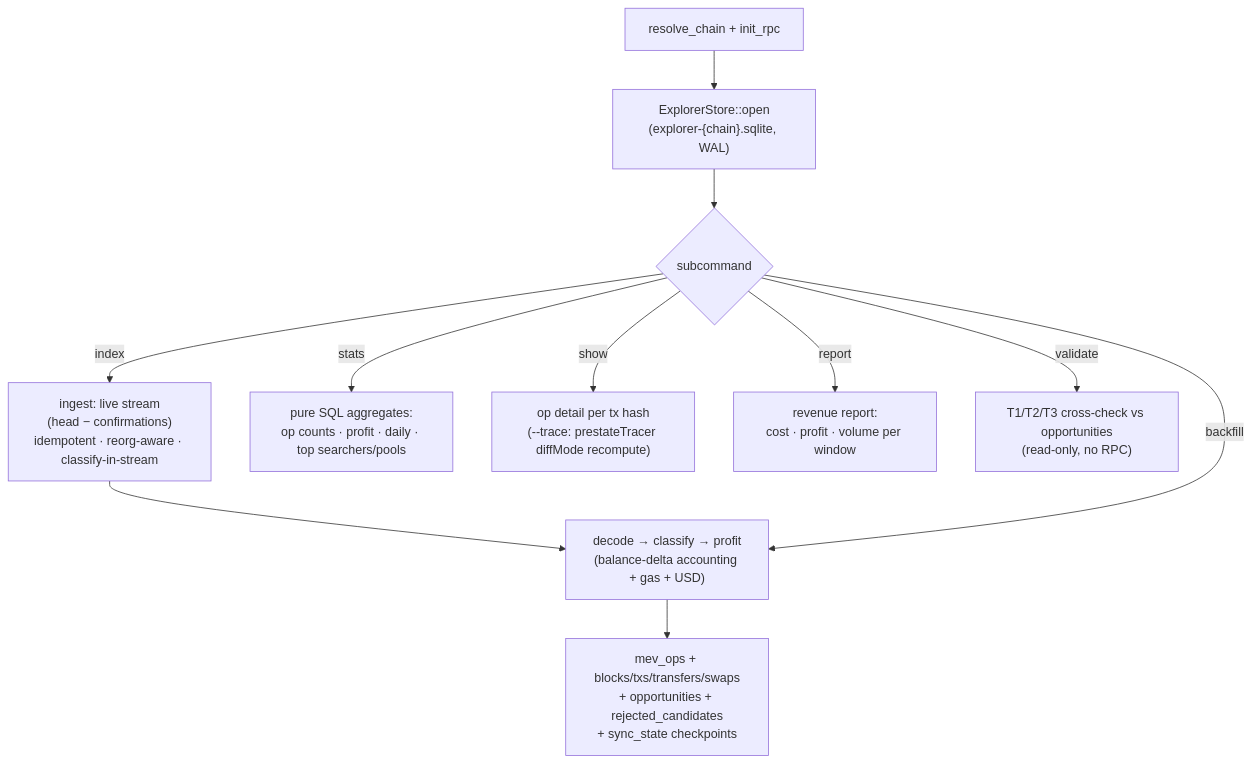
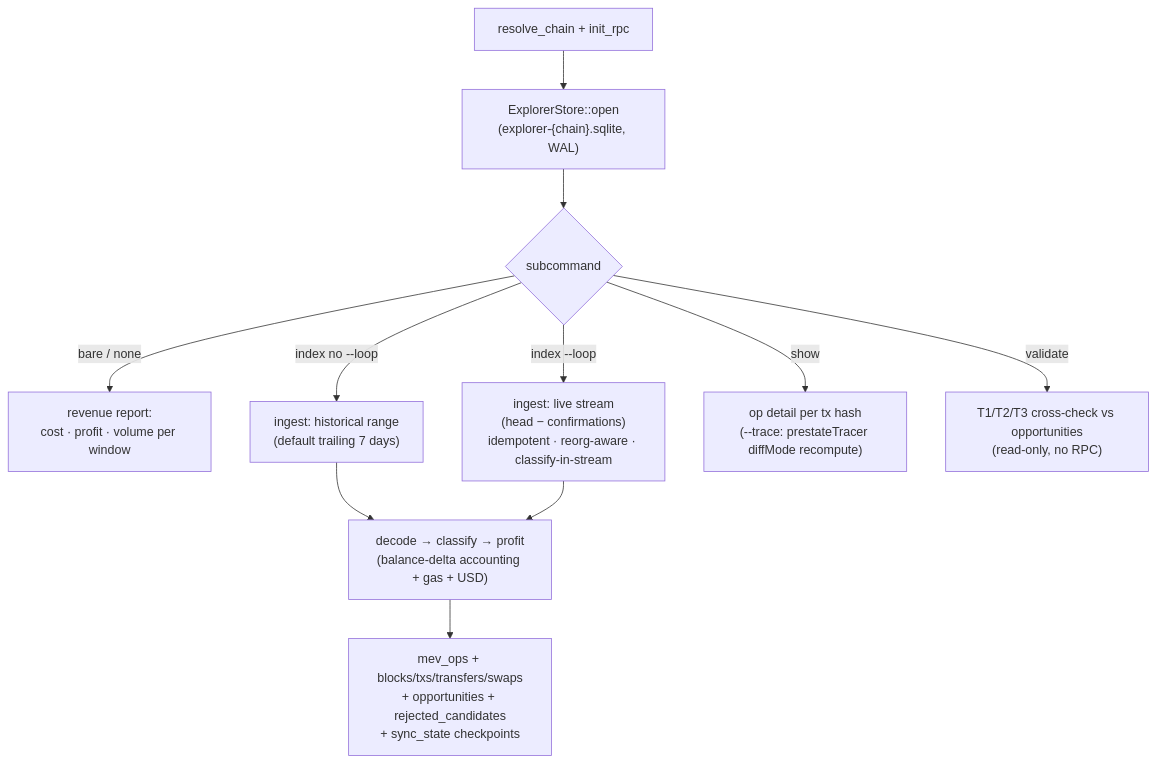
Before and after one commit to moha-moradi/mev-scout: the tenth of 11 diagrams in docs/ARCHITECTURE.md, drawn with Mermaid. The commit also changed other lines of this file and 17 other files, not shown here.

````diff
--- a/docs/ARCHITECTURE.md
+++ b/docs/ARCHITECTURE.md
@@ -483,13 +485,13 @@
 ```mermaid
 flowchart TB
     A["resolve_chain + init_rpc"] --> B["ExplorerStore::open<br/>(explorer-{chain}.sqlite, WAL)"]
     B --> C{"subcommand"}
-    C -- index --> E["ingest: live stream<br/>(head − confirmations)<br/>idempotent · reorg-aware · classify-in-stream"]
-    E --> F["decode → classify → profit<br/>(balance-delta accounting + gas + USD)"]
-    C -- backfill --> F
-    C -- stats --> H["pure SQL aggregates:<br/>op counts · profit · daily · top searchers/pools"]
+    C -- "bare / none" --> R["revenue report:<br/>cost · profit · volume per window"]
+    C -- "index no --loop" --> BF["ingest: historical range<br/>(default trailing 7 days)"]
+    C -- "index --loop" --> E["ingest: live stream<br/>(head − confirmations)<br/>idempotent · reorg-aware · classify-in-stream"]
+    BF --> F["decode → classify → profit<br/>(balance-delta accounting + gas + USD)"]
+    E --> F
     C -- show --> I["op detail per tx hash<br/>(--trace: prestateTracer diffMode recompute)"]
-    C -- report --> R["revenue report:<br/>cost · profit · volume per window"]
     C -- validate --> V["T1/T2/T3 cross-check vs opportunities<br/>(read-only, no RPC)"]
     F --> L["mev_ops + blocks/txs/transfers/swaps<br/>+ opportunities + rejected_candidates<br/>+ sync_state checkpoints"]
 ```
````
